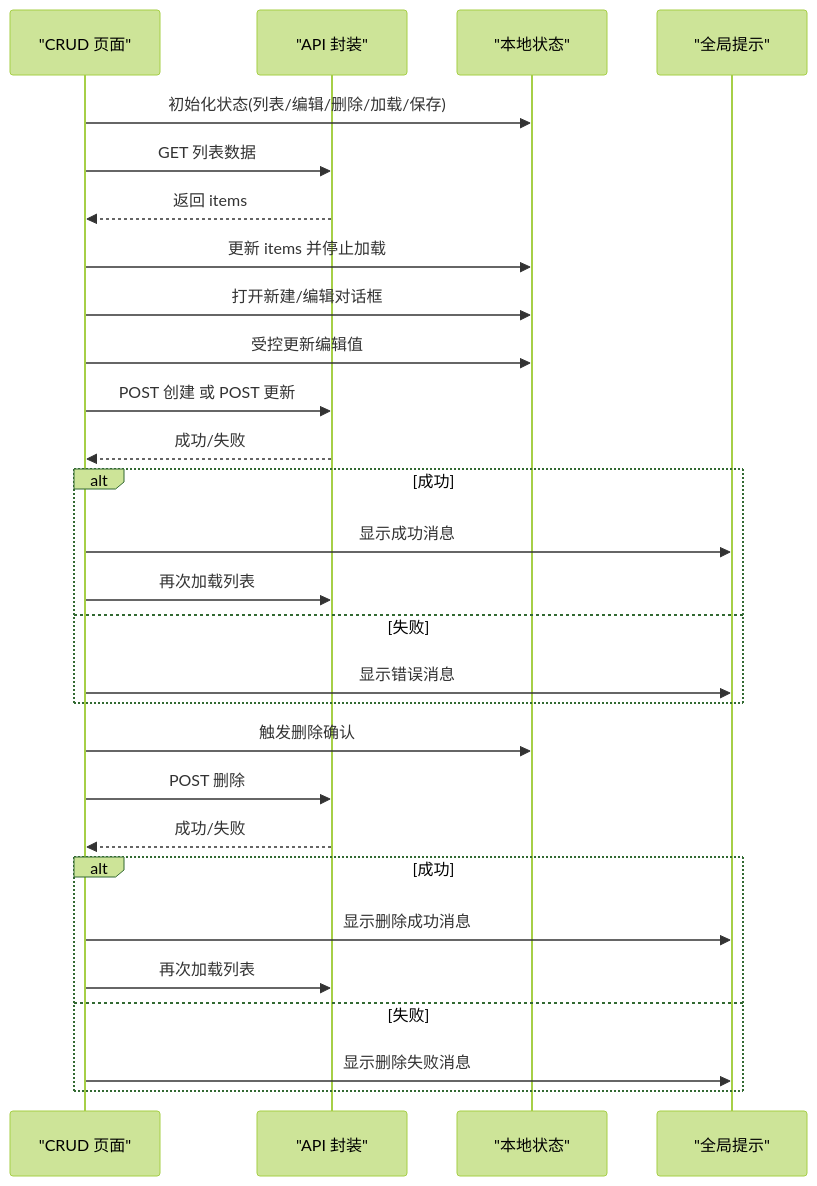
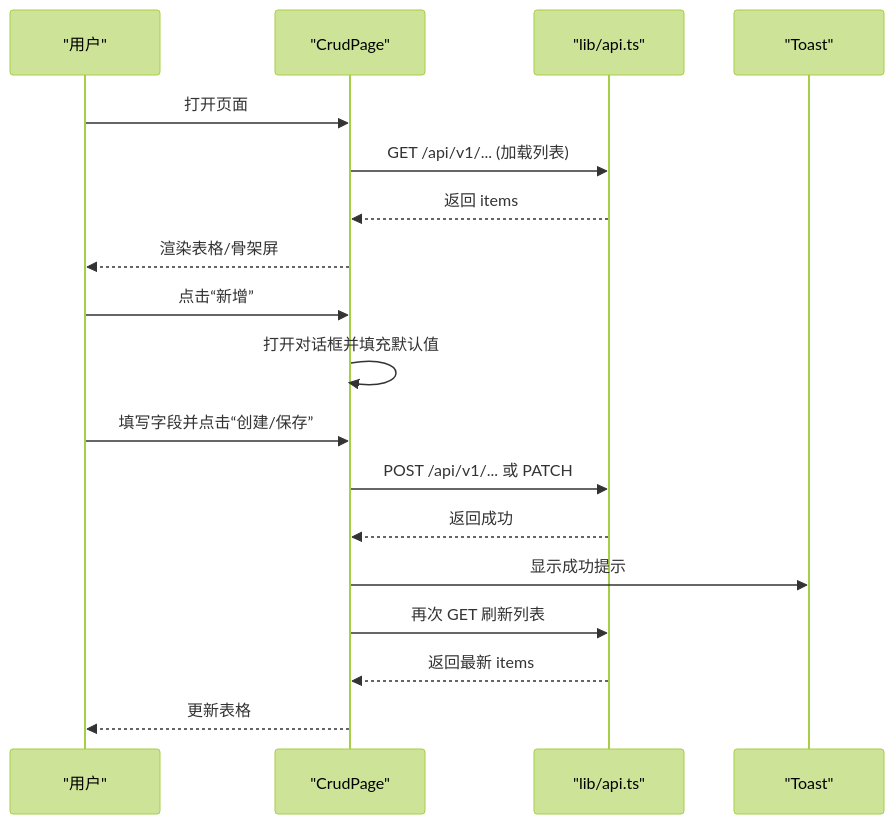
One commit to x01n/My-OpenWaf changed the fourth of 8 diagrams in docs/前端管理界面/前端管理界面.md. Above: the diagram before and after it, drawn with Mermaid (forest theme). The commit also changed other lines of this file and 199 other files, not shown here.

````diff
--- a/docs/前端管理界面/前端管理界面.md
+++ b/docs/前端管理界面/前端管理界面.md
@@ -330,30 +174,20 @@
 ```mermaid
 sequenceDiagram
-participant Page as "CRUD 页面"
-participant API as "API 封装"
-participant Store as "本地状态"
-participant Toast as "全局提示"
-Page->>Store : 初始化状态(列表/编辑/删除/加载/保存)
-Page->>API : GET 列表数据
-API-->>Page : 返回 items
-Page->>Store : 更新 items 并停止加载
-Page->>Store : 打开新建/编辑对话框
-Page->>Store : 受控更新编辑值
-Page->>API : POST 创建 或 POST 更新
-API-->>Page : 成功/失败
-alt 成功
-Page->>Toast : 显示成功消息
-Page->>API : 再次加载列表
-else 失败
-Page->>Toast : 显示错误消息
-end
-Page->>Store : 触发删除确认
-Page->>API : POST 删除
-API-->>Page : 成功/失败
-alt 成功
-Page->>Toast : 显示删除成功消息
-Page->>API : 再次加载列表
-else 失败
-Page->>Toast : 显示删除失败消息
-end
+participant U as "用户"
+participant P as "CrudPage"
+participant API as "lib/api.ts"
+participant T as "Toast"
+U->>P : 打开页面
+P->>API : GET /api/v1/... (加载列表)
+API-->>P : 返回 items
+P-->>U : 渲染表格/骨架屏
+U->>P : 点击“新增”
+P->>P : 打开对话框并填充默认值
+U->>P : 填写字段并点击“创建/保存”
+P->>API : POST /api/v1/... 或 PATCH
+API-->>P : 返回成功
+P->>T : 显示成功提示
+P->>API : 再次 GET 刷新列表
+API-->>P : 返回最新 items
+P-->>U : 更新表格
 ```
````
